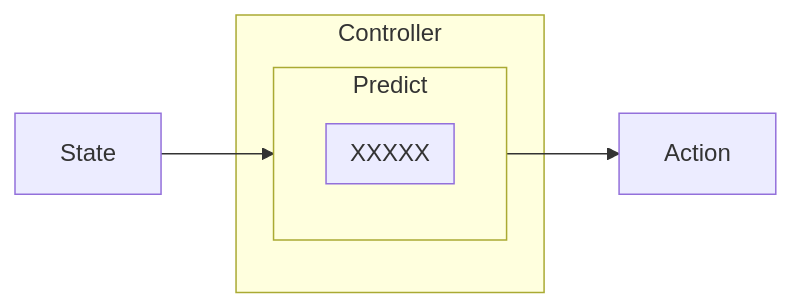
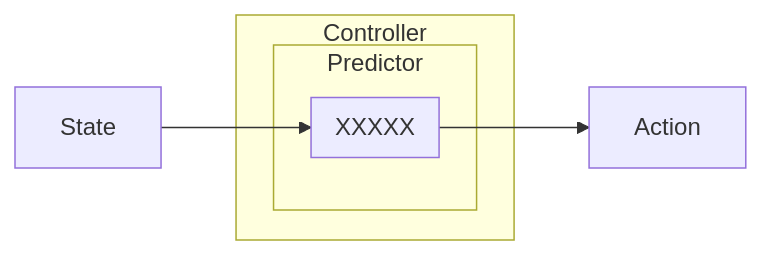
One commit to TW-Robotics/SAMYControl changed the third of 3 diagrams in README.md. Above: the diagram before and after it, drawn with Mermaid.

````diff
--- a/README.md
+++ b/README.md
@@ -37,10 +37,10 @@
 ```mermaid
 flowchart LR
   subgraph Controller
-      subgraph Predict
+      subgraph Predictor
             subgraph XXXXX
 	    end
       end
   end
-  State --> Predict --> Action
+  State --> XXXXX --> Action
 ```
````
